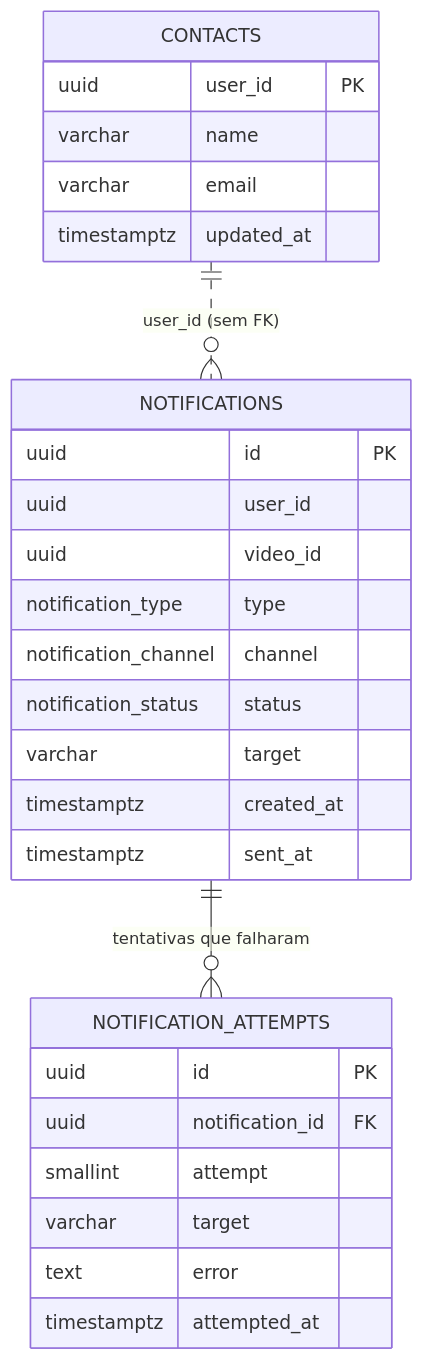
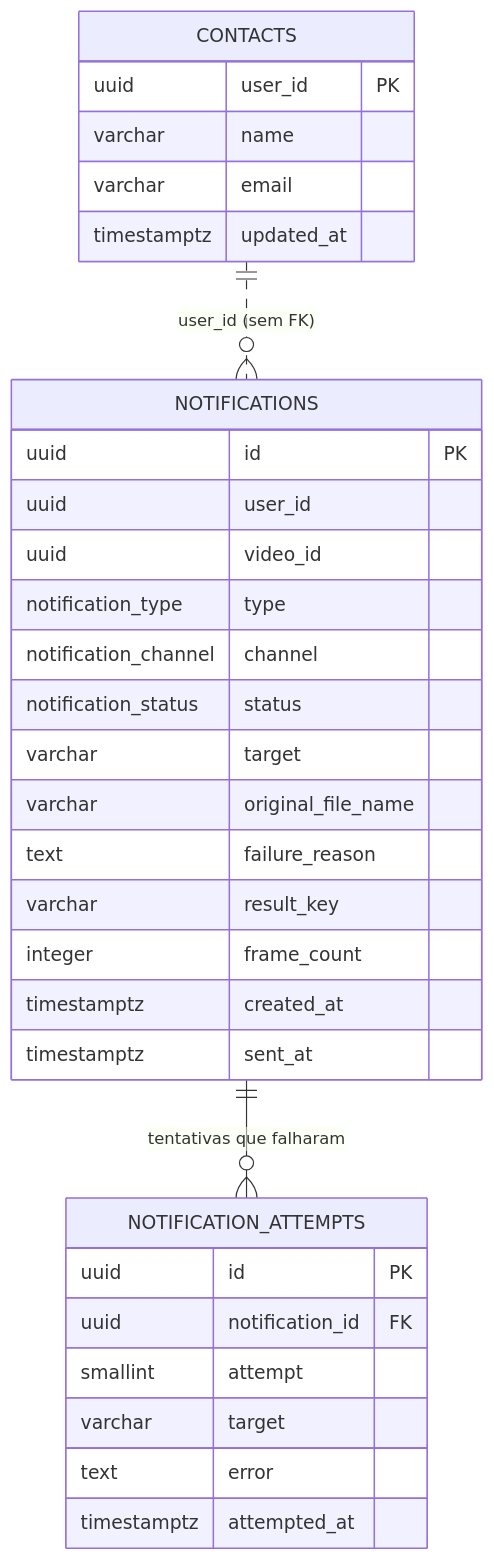
Before and after one commit to knzt/zipframes: the third of 3 diagrams in docs/data/modelagem-de-dados.md, drawn with Mermaid. The commit also changed other lines of this file and 9 other files, not shown here.

````diff
--- a/docs/data/modelagem-de-dados.md
+++ b/docs/data/modelagem-de-dados.md
@@ -183,30 +183,34 @@
 ```mermaid
 erDiagram
   CONTACTS {
     uuid user_id PK
     varchar name
     varchar email
     timestamptz updated_at
   }
   NOTIFICATIONS {
     uuid id PK
     uuid user_id
     uuid video_id
     notification_type type
     notification_channel channel
     notification_status status
     varchar target
+    varchar original_file_name
+    text failure_reason
+    varchar result_key
+    integer frame_count
     timestamptz created_at
     timestamptz sent_at
   }
   NOTIFICATION_ATTEMPTS {
     uuid id PK
     uuid notification_id FK
     smallint attempt
     varchar target
     text error
     timestamptz attempted_at
   }
   CONTACTS ||..o{ NOTIFICATIONS : "user_id (sem FK)"
   NOTIFICATIONS ||--o{ NOTIFICATION_ATTEMPTS : "tentativas que falharam"
 ```
````
